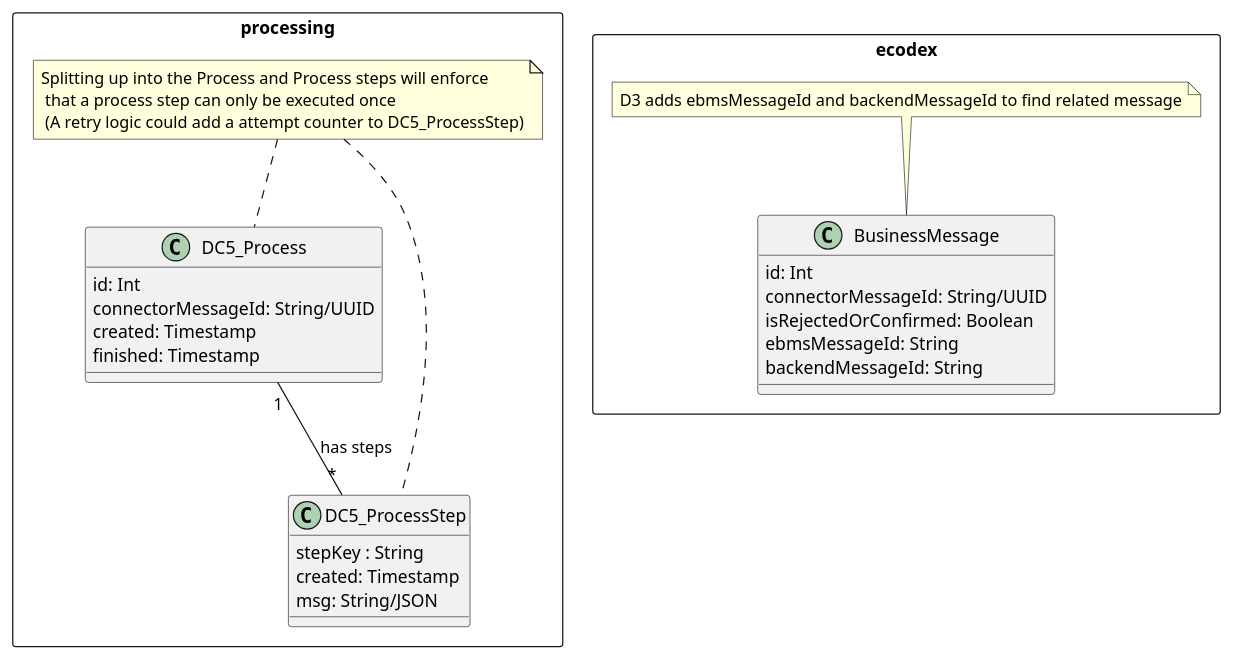
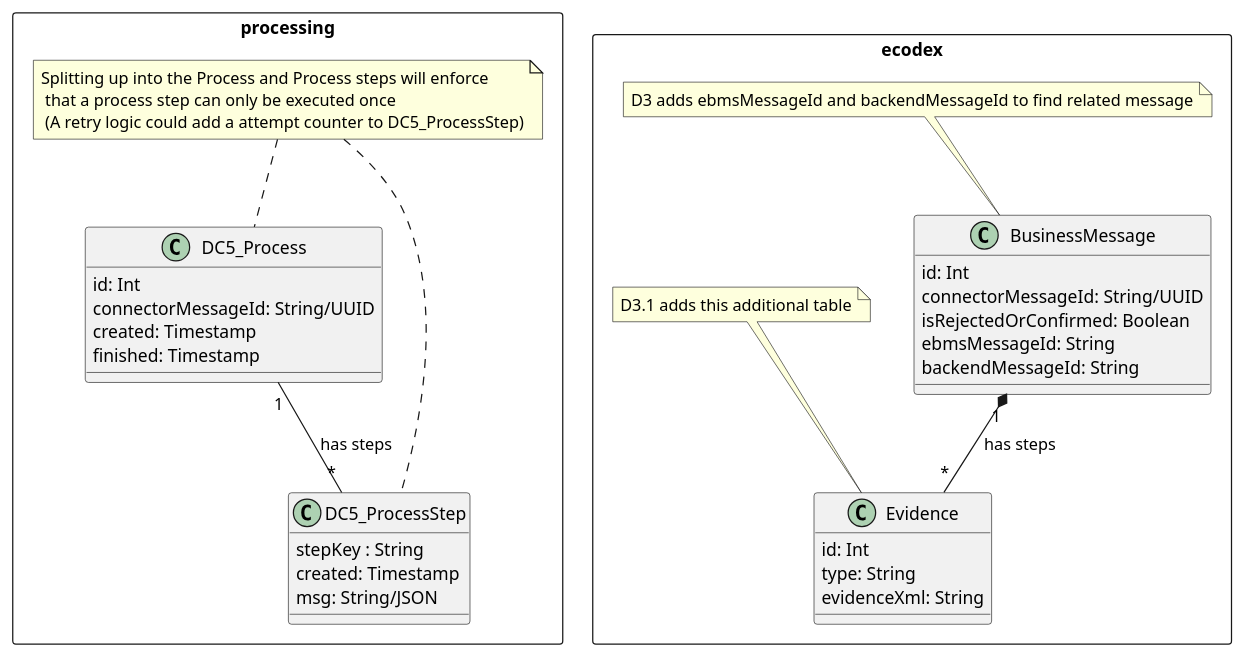
Before and after one commit to muell16/domibusConnector: the diagram in domibusConnector/domibusConnectorDocumentation/src/asciidoc/doc/architecture/connector5/entity_items/data_model_draft.adoc, drawn with PlantUML. The commit also changed other lines of this file, not shown here.

Commit message:
add evidence generation

```diff
--- a/domibusConnector/domibusConnectorDocumentation/src/asciidoc/doc/architecture/connector5/entity_items/data_model_draft.adoc
+++ b/domibusConnector/domibusConnectorDocumentation/src/asciidoc/doc/architecture/connector5/entity_items/data_model_draft.adoc
@@ -66,51 +72,64 @@
 [plantuml]
 ----
 @startuml
 
 package processing <<rectangle>> {
 
 class DC5_Process
 {
   id: Int
   connectorMessageId: String/UUID
   created: Timestamp
   finished: Timestamp
 }
 
 note "Splitting up into the Process and Process steps will enforce\n \
 that a process step can only be executed once\n \
 (A retry logic could add a attempt counter to DC5_ProcessStep)" as N1
 
 class DC5_ProcessStep {
   stepKey : String
   created: Timestamp
   msg: String/JSON
 }
 
 DC5_Process "1" -- "*" DC5_ProcessStep : has steps
 
 N1 .. DC5_ProcessStep
 N1 .. DC5_Process
 
 }
 
 
 package ecodex <<rectangle>> {
 
 class BusinessMessage {
   id: Int
   connectorMessageId: String/UUID
   isRejectedOrConfirmed: Boolean
   ebmsMessageId: String
   backendMessageId: String
 }
 
+class Evidence {
+  id: Int
+  type: String
+  evidenceXml: String
+}
+
+BusinessMessage "1" *-- "*" Evidence : has steps
+
 note "D3 adds ebmsMessageId and backendMessageId to find related message" as N2
+N2 .. BusinessMessage
 
-N2 .. BusinessMessage
+note "D3.1 adds this additional table" as N3
+N3 .. Evidence
 
 }
 
 
+
+
+
 @enduml
 ----
```
